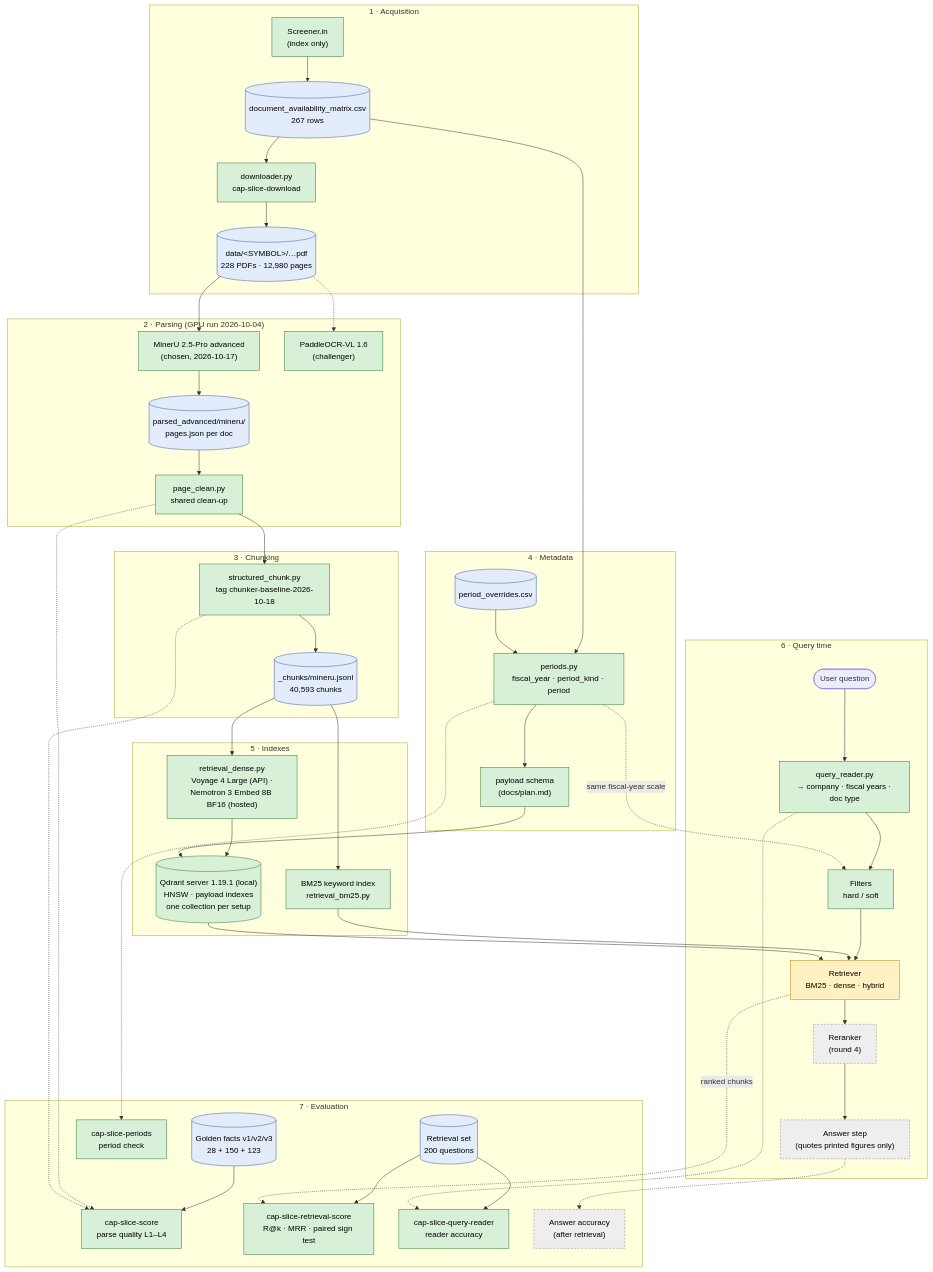
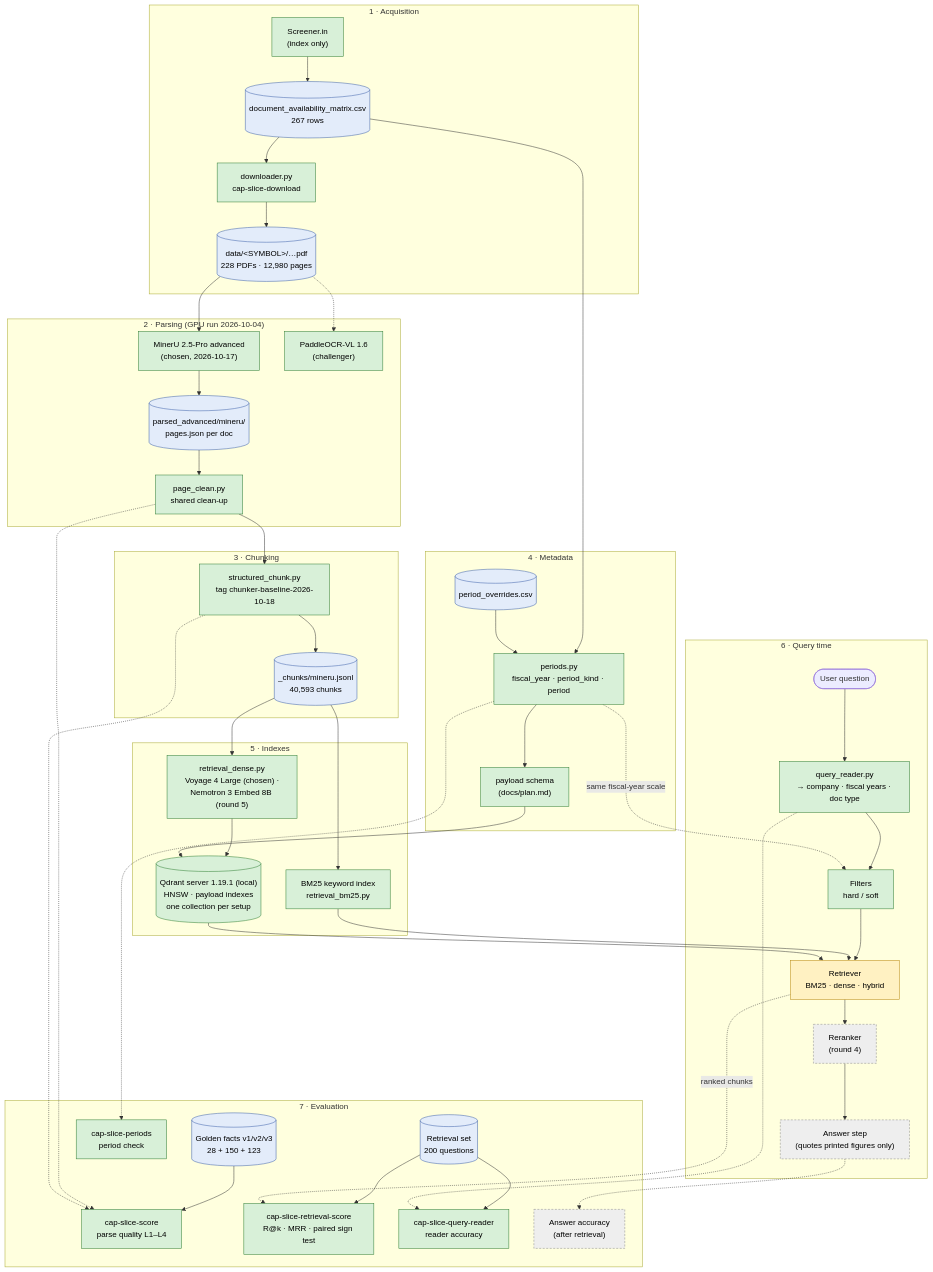
The diagram in docs/architecture.md (Tamil-Selvan-Murugesan/cap-slice), drawn with Mermaid before and after one commit. The commit also changed other lines of this file and 44 other files, not shown here.

Commit message:
Round 1: Nemotron 3 Embed 8B (self-hosted) vs Voyage 4 Large

```diff
--- a/docs/architecture.md
+++ b/docs/architecture.md
@@ -46,7 +46,7 @@
 
     subgraph INDEX["5 · Indexes"]
         BM["BM25 keyword index<br/>retrieval_bm25.py"]
-        EMB["retrieval_dense.py<br/>Voyage 4 Large (API) ·<br/>Nemotron 3 Embed 8B BF16 (hosted)"]
+        EMB["retrieval_dense.py<br/>Voyage 4 Large (chosen) ·<br/>Nemotron 3 Embed 8B (round 5)"]
         QD[("Qdrant server 1.19.1 (local)<br/>HNSW · payload indexes<br/>one collection per setup")]
         CORP --> BM
         CORP --> EMB --> QD
```
